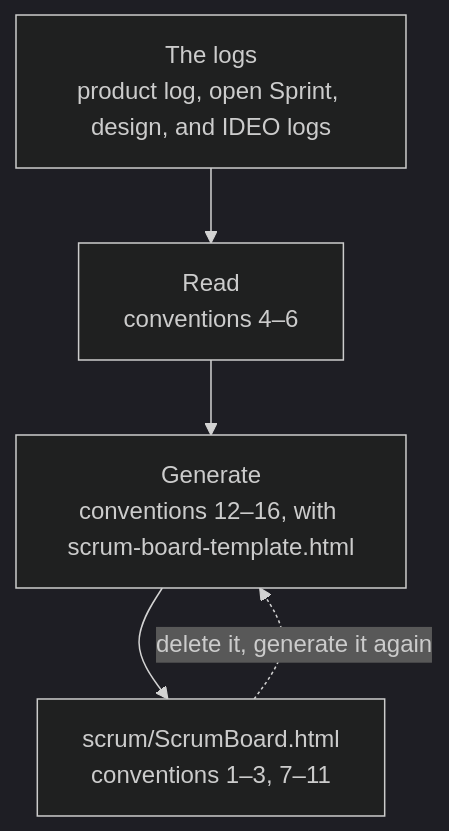
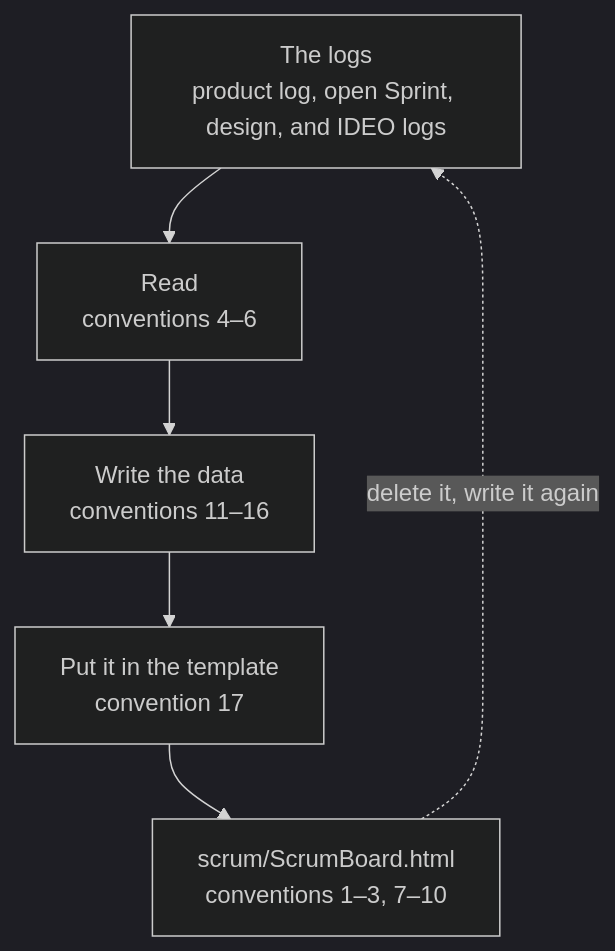
Before and after one commit to seapawn1/IDEO-Scrum: the diagram in codex/plugins/ideo-scrum/skills/scrum-kernel/conventions/board-log.md, drawn with Mermaid (dark theme). The commit also changed other lines of this file and 11 other files, not shown here.

````diff
--- a/codex/plugins/ideo-scrum/skills/scrum-kernel/conventions/board-log.md
+++ b/codex/plugins/ideo-scrum/skills/scrum-kernel/conventions/board-log.md
@@ -7,7 +7,8 @@
 ```mermaid
 flowchart TD
     L["The logs<br/>product log, open Sprint, design, and IDEO logs"] --> R["Read<br/>conventions 4–6"]
-    R --> G["Generate<br/>conventions 12–16, with scrum-board-template.html"]
-    G --> B["scrum/ScrumBoard.html<br/>conventions 1–3, 7–11"]
-    B -. "delete it, generate it again" .-> G
+    R --> D["Write the data<br/>conventions 11–16"]
+    D --> G["Put it in the template<br/>convention 17"]
+    G --> B["scrum/ScrumBoard.html<br/>conventions 1–3, 7–10"]
+    B -. "delete it, write it again" .-> L
 ```
````
